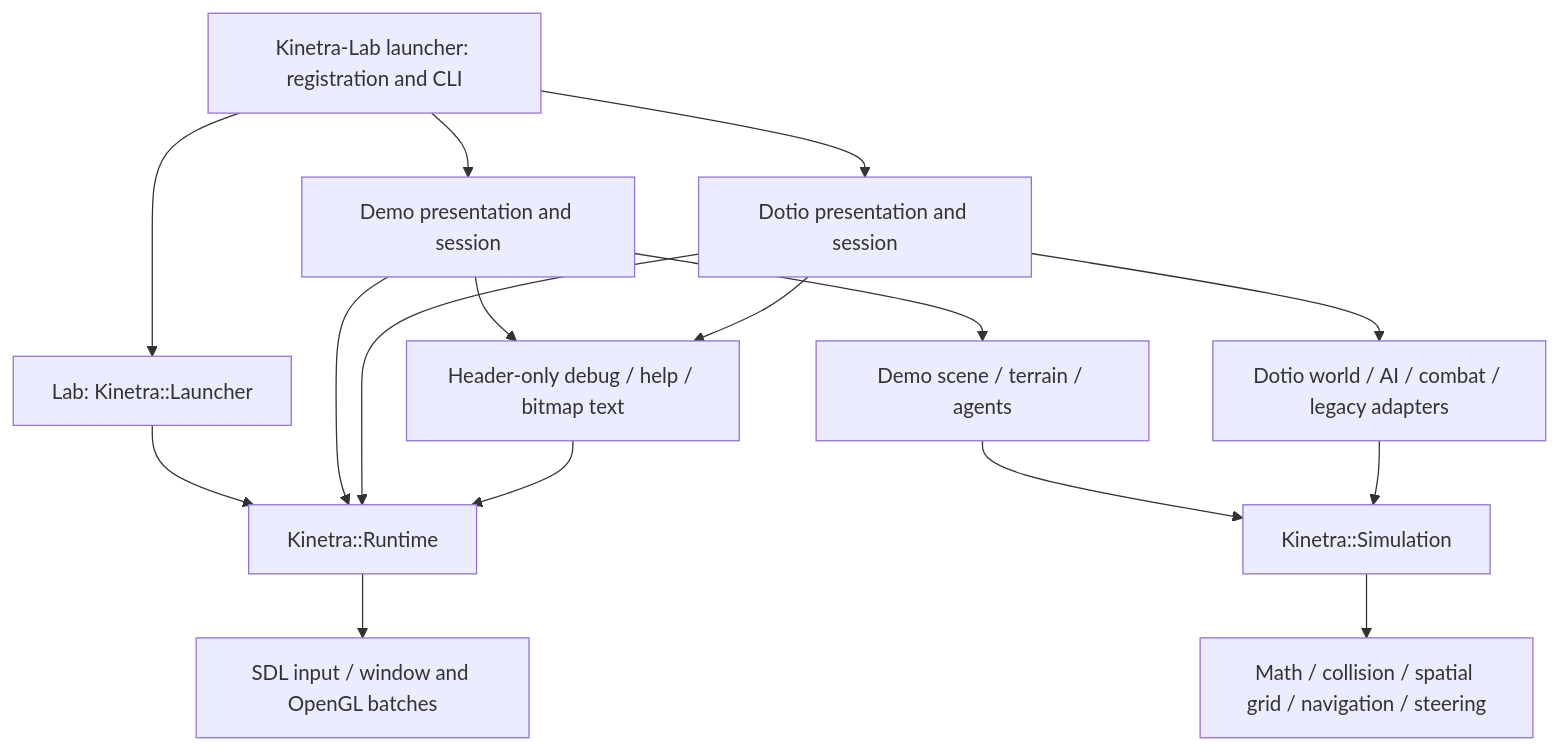
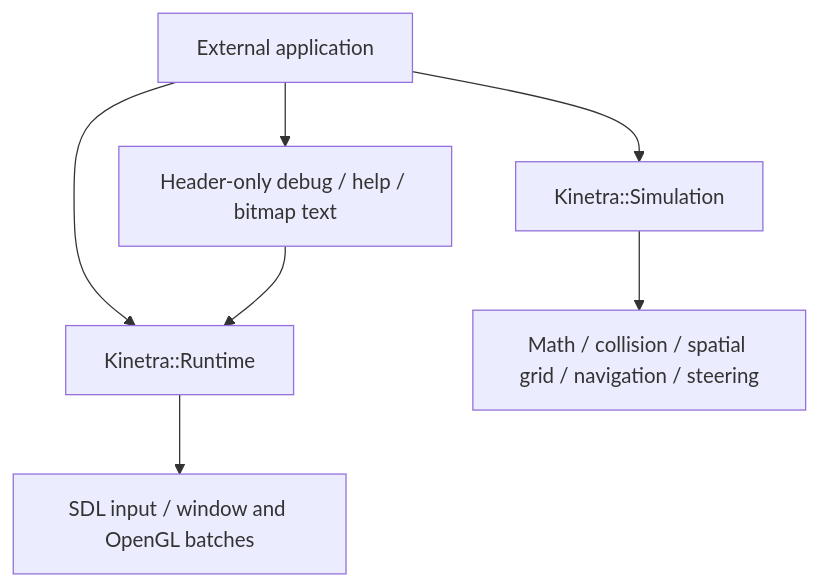
Before and after one commit to SMB-M87/Kinetra: the second of 4 diagrams in docs/architecture.md, drawn with Mermaid. The commit also changed other lines of this file and 17 other files, not shown here.

````diff
--- a/docs/architecture.md
+++ b/docs/architecture.md
@@ -30,18 +29,9 @@
 ```mermaid
 flowchart TD
-    App[Kinetra-Lab launcher: registration and CLI] --> Demo[Demo presentation and session]
-    App --> Dotio[Dotio presentation and session]
-    App --> Launcher[Lab: Kinetra::Launcher]
-    Launcher --> Runtime[Kinetra::Runtime]
-    Demo --> Runtime
-    Dotio --> Runtime
-    Demo --> DemoPolicy[Demo scene / terrain / agents]
-    Dotio --> DotioPolicy[Dotio world / AI / combat / legacy adapters]
-    DemoPolicy --> Sim[Kinetra::Simulation]
-    DotioPolicy --> Sim
+    App[External application] --> Runtime[Kinetra::Runtime]
+    App --> Sim[Kinetra::Simulation]
+    App --> UI[Header-only debug / help / bitmap text]
+    UI --> Runtime
     Sim --> Headless[Math / collision / spatial grid / navigation / steering]
-    Demo --> UI[Header-only debug / help / bitmap text]
-    Dotio --> UI
-    UI --> Runtime
     Runtime --> Platform[SDL input / window and OpenGL batches]
 ```
````
